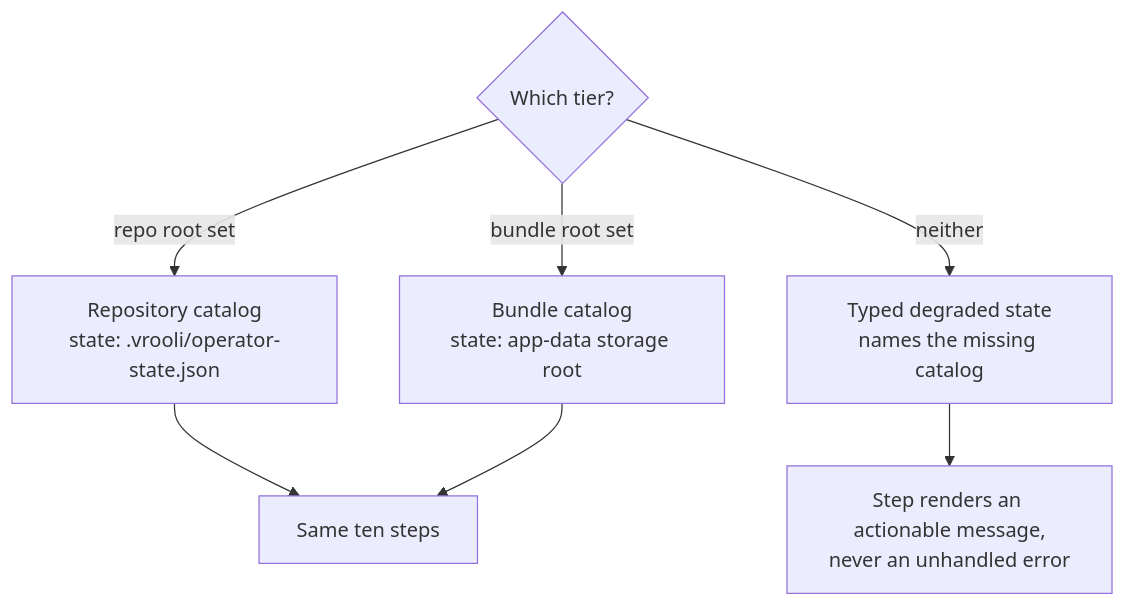
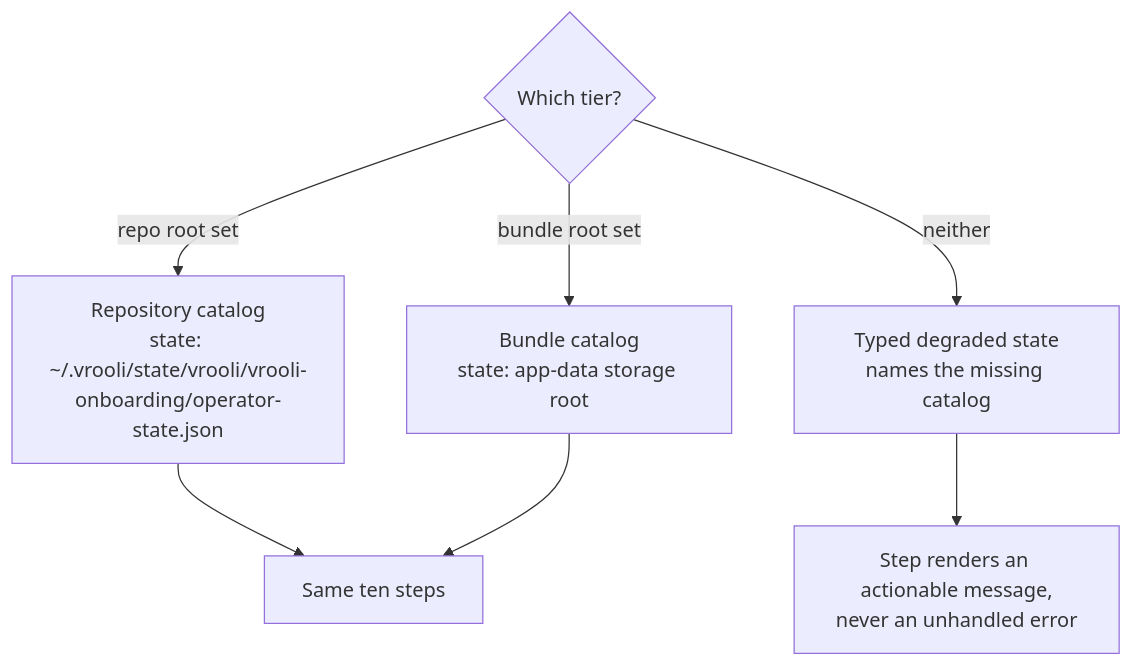
The fourth of 4 diagrams in scenarios/vrooli-onboarding/docs/WIZARD_FLOW.md (Vrooli/Vrooli), drawn with Mermaid before and after one commit. The commit also changed 88 other files, not shown here.

````diff
--- a/scenarios/vrooli-onboarding/docs/WIZARD_FLOW.md
+++ b/scenarios/vrooli-onboarding/docs/WIZARD_FLOW.md
@@ -462,10 +462,10 @@
 ```mermaid
 flowchart TD
   R{"Which tier?"}
-  R -->|"repo root set"| A["Repository catalog<br/>state: .vrooli/operator-state.json"]
+  R -->|"repo root set"| A["Repository catalog<br/>state: ~/.vrooli/state/vrooli/vrooli-onboarding/operator-state.json"]
   R -->|"bundle root set"| B["Bundle catalog<br/>state: app-data storage root"]
   R -->|"neither"| C["Typed degraded state<br/>names the missing catalog"]
   A --> D["Same ten steps"]
   B --> D
   C --> E["Step renders an actionable message,<br/>never an unhandled error"]
 ```
````
